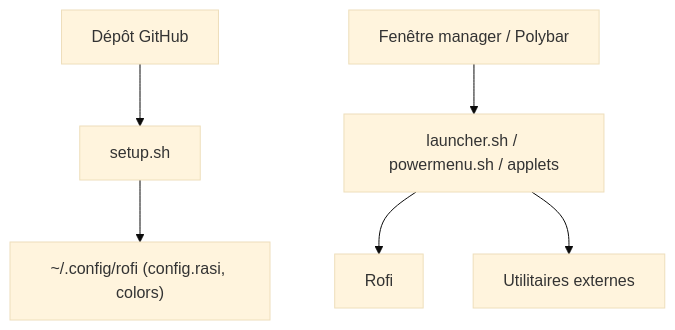
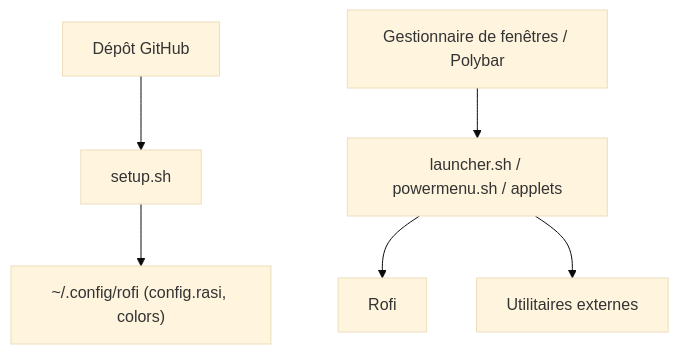
Before and after one commit to floSa/Veille-Repo: the diagram in veille/.data/fiches/adi1090x__rofi.md, drawn with Mermaid (base theme). The commit also changed 1 other file, not shown here.

Commit message:
Mise à jour du catalogue : 5840 fiches

````diff
--- a/veille/.data/fiches/adi1090x__rofi.md
+++ b/veille/.data/fiches/adi1090x__rofi.md
@@ -27,8 +27,8 @@
 ```mermaid
 flowchart TB
     Repo["Dépôt GitHub"] --> Setup["setup.sh"]
     Setup --> Conf["~/.config/rofi (config.rasi, colors)"]
-    WM["Fenêtre manager / Polybar"] --> Scripts["launcher.sh / powermenu.sh / applets"]
+    WM["Gestionnaire de fenêtres / Polybar"] --> Scripts["launcher.sh / powermenu.sh / applets"]
     Scripts --> Rofi["Rofi"]
     Scripts --> Ext["Utilitaires externes"]
 ```
````
